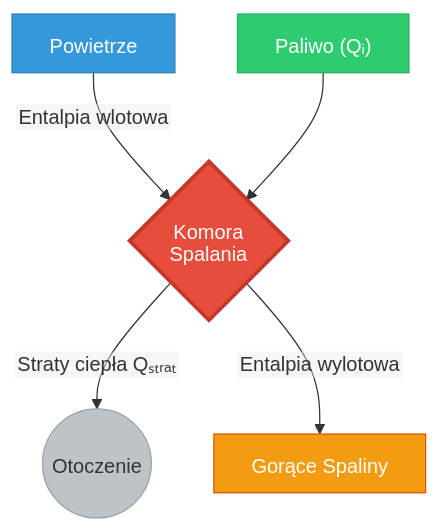
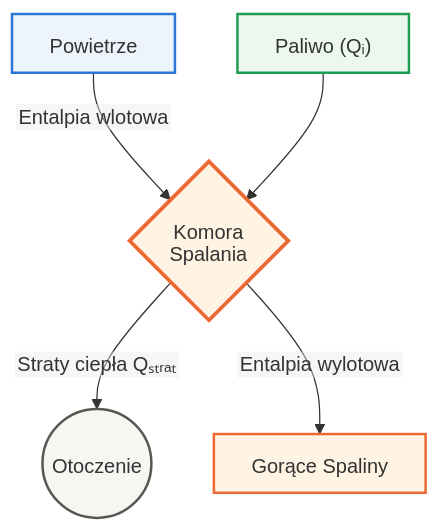
One commit to moondec/Termodynamika changed the second of 2 diagrams in Wyklady/03_I_Zasada_Otwarte.qmd. Above: the diagram before and after it, drawn with Mermaid. The commit also changed other lines of this file and 229 other files, not shown here.

````diff
--- a/Wyklady/03_I_Zasada_Otwarte.qmd
+++ b/Wyklady/03_I_Zasada_Otwarte.qmd
@@ -458,15 +456,15 @@
 ```{mermaid}
 %%{init: {'theme': 'default', 'htmlLabels': false, 'flowchart': {'htmlLabels': false, 'wrappingWidth': 400, 'subGraphTitleMargin': {'top': 6, 'bottom': 16}}, 'themeVariables': {'fontSize': '16px', 'fontFamily': 'Arial, Helvetica, sans-serif'}}}%%
 flowchart TB
     A["Powietrze"] -->|Entalpia wlotowa| C
     B["Paliwo (Qᵢ)"] --> C{"Komora<br>Spalania"}
-    
+
     C -->|"Straty ciepła Qₛₜᵣₐₜ"| D((Otoczenie))
     C -->|Entalpia wylotowa| E["Gorące Spaliny"]
 
-    style C fill:#e74c3c,stroke:#c0392b,stroke-width:3px,color:#fff
-    style A fill:#3498db,stroke:#2980b9,color:#fff
-    style B fill:#2ecc71,stroke:#27ae60,color:#fff
-    style E fill:#f39c12,stroke:#d35400,color:#fff
-    style D fill:#bdc3c7,stroke:#95a5a6
+    style C fill:#fff4e3,stroke:#eb6834,stroke-width:3px
+    style A fill:#eef4fb,stroke:#2a78d6,stroke-width:2px
+    style B fill:#ecf7ee,stroke:#1f9d55,stroke-width:2px
+    style E fill:#fff4e3,stroke:#eb6834,stroke-width:2px
+    style D fill:#f7f6f3,stroke:#5a5753,stroke-width:2px
 ```
````
